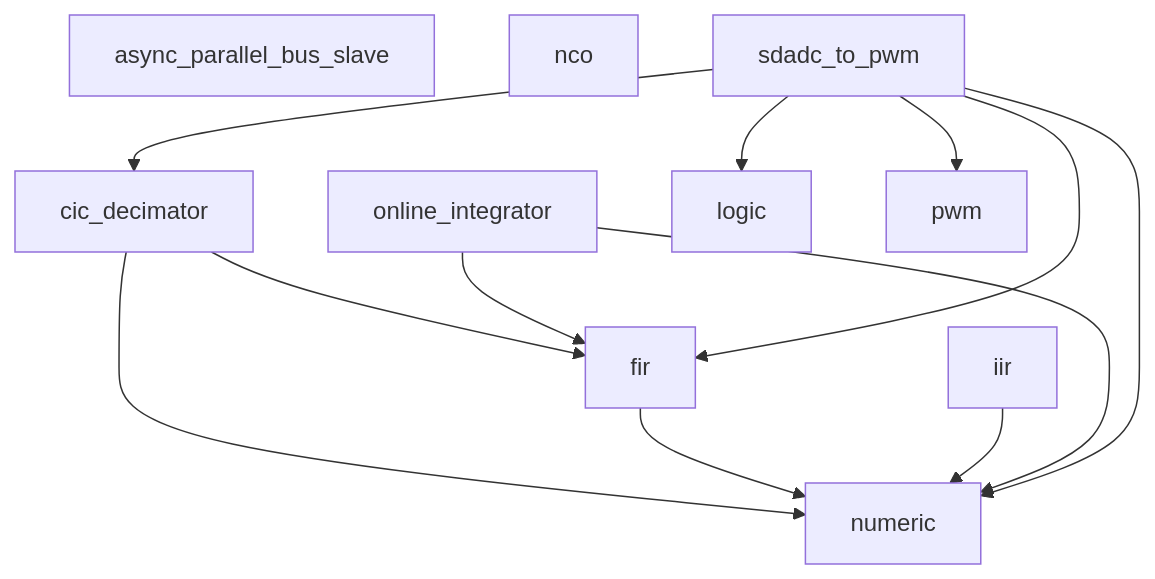
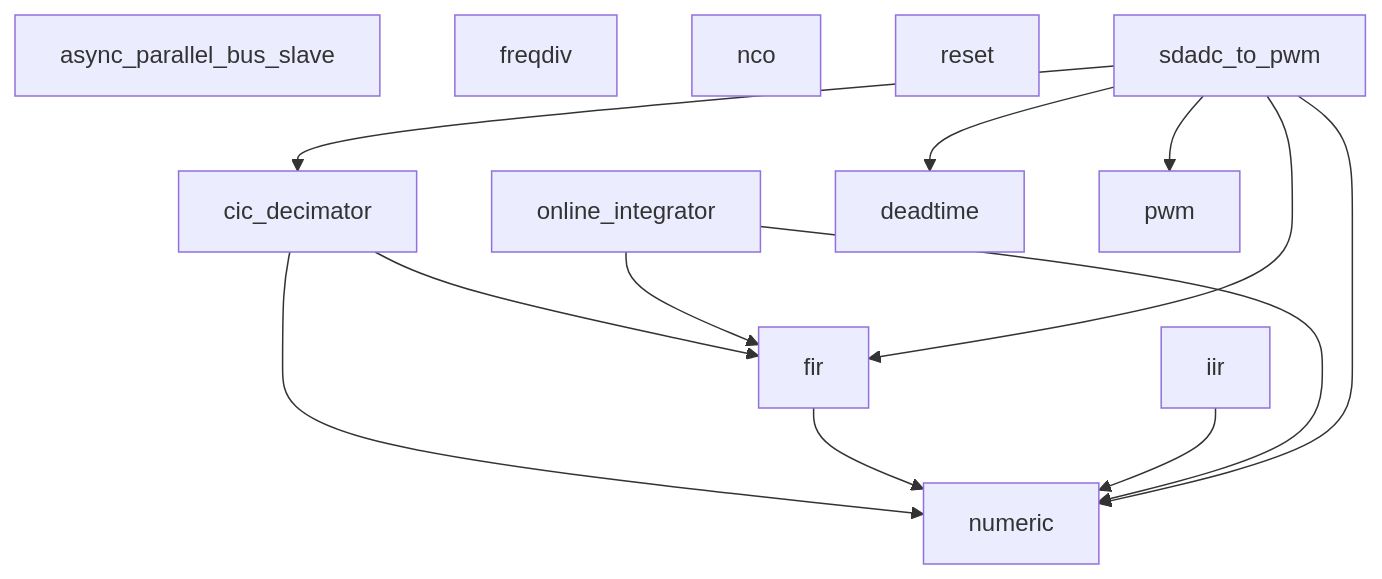
One commit to Zubax/kulibin changed the diagram in README.md. Above: the diagram before and after it, drawn with Mermaid. The commit also changed 1 other file, not shown here.

````diff
--- a/README.md
+++ b/README.md
@@ -35,17 +35,19 @@
 ```mermaid
 graph TD
     %% auto-generated by hierarchy.py — do not edit
     async_parallel_bus_slave
     cic_decimator --> fir
     cic_decimator --> numeric
     fir --> numeric
+    freqdiv
     iir --> numeric
     nco
     online_integrator --> fir
     online_integrator --> numeric
+    reset
     sdadc_to_pwm --> cic_decimator
+    sdadc_to_pwm --> deadtime
     sdadc_to_pwm --> fir
-    sdadc_to_pwm --> logic
     sdadc_to_pwm --> numeric
     sdadc_to_pwm --> pwm
 ```
````
